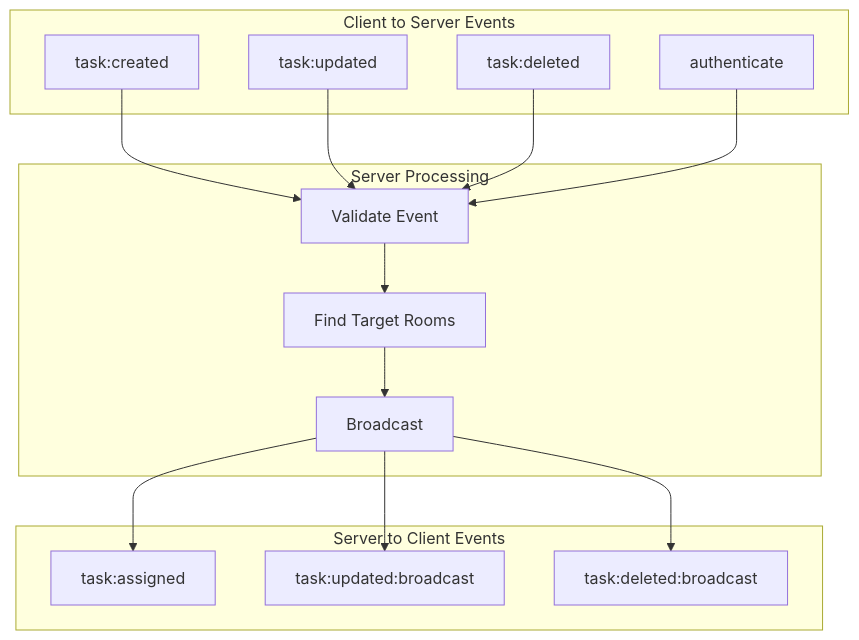
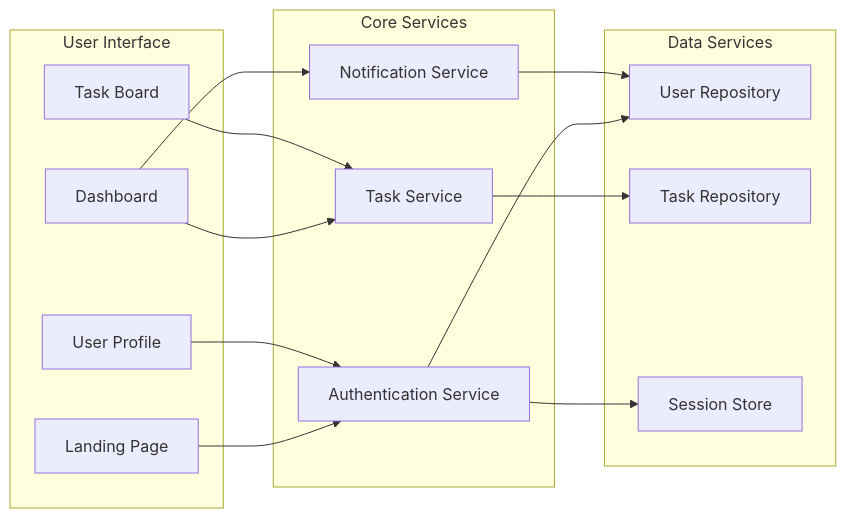
One commit to anshsharmacse/taskflow-socket changed the fourth of 39 diagrams in README.md. Above: the diagram before and after it, drawn with Mermaid. The commit also changed other lines of this file, not shown here.

````diff
--- a/README.md
+++ b/README.md
@@ -149,30 +235,32 @@
 ```mermaid
-flowchart TD
-    subgraph "Client to Server Events"
-        C1[task:created]
-        C2[task:updated]
-        C3[task:deleted]
-        C4[authenticate]
+graph LR
+    subgraph "User Interface"
+        A[Landing Page]
+        B[Dashboard]
+        C[Task Board]
+        D[User Profile]
     end
     
-    subgraph "Server Processing"
-        S1[Validate Event]
-        S2[Find Target Rooms]
-        S3[Broadcast]
+    subgraph "Core Services"
+        E[Authentication Service]
+        F[Task Service]
+        G[Notification Service]
     end
     
-    subgraph "Server to Client Events"
-        R1[task:assigned]
-        R2[task:updated:broadcast]
-        R3[task:deleted:broadcast]
+    subgraph "Data Services"
+        H[User Repository]
+        I[Task Repository]
+        J[Session Store]
     end
     
-    C1 --> S1
-    C2 --> S1
-    C3 --> S1
-    C4 --> S1
-    S1 --> S2 --> S3
-    S3 --> R1
-    S3 --> R2
-    S3 --> R3
+    A --> E
+    B --> F
+    B --> G
+    C --> F
+    D --> E
+    
+    E --> H
+    E --> J
+    F --> I
+    G --> H
 ```
````
